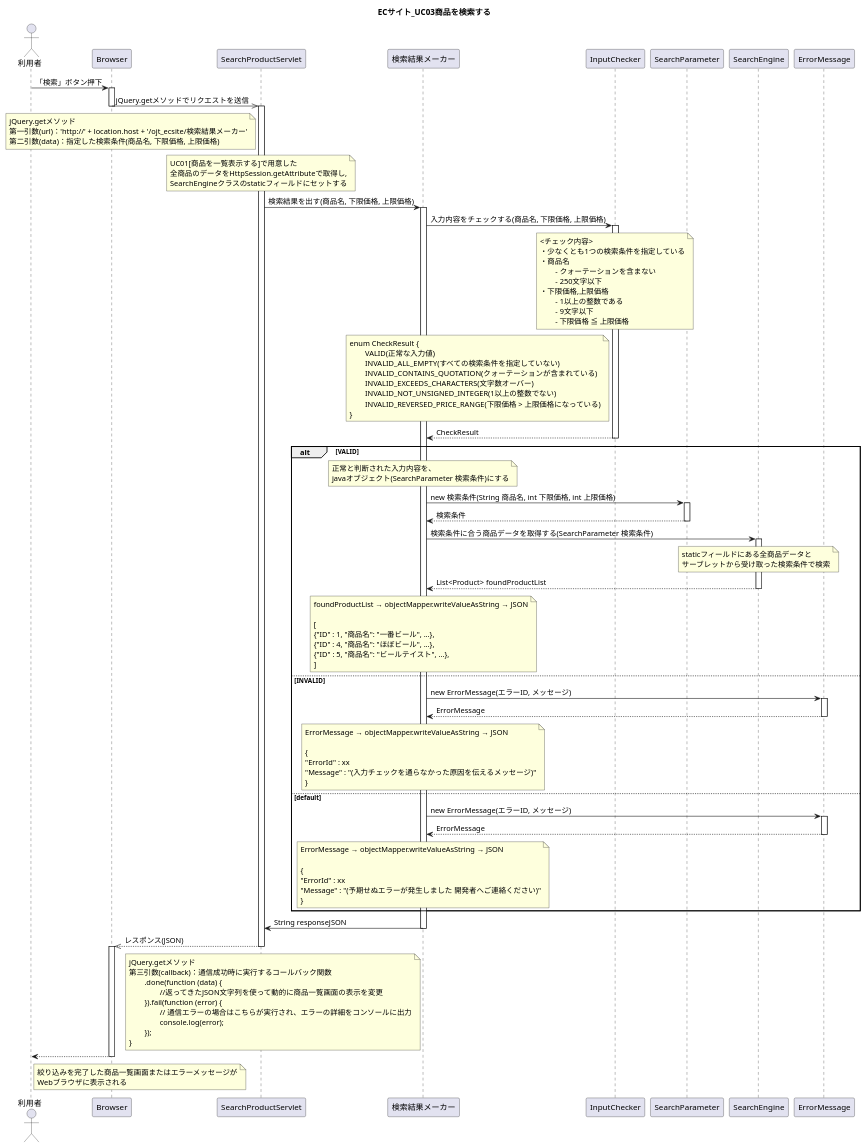
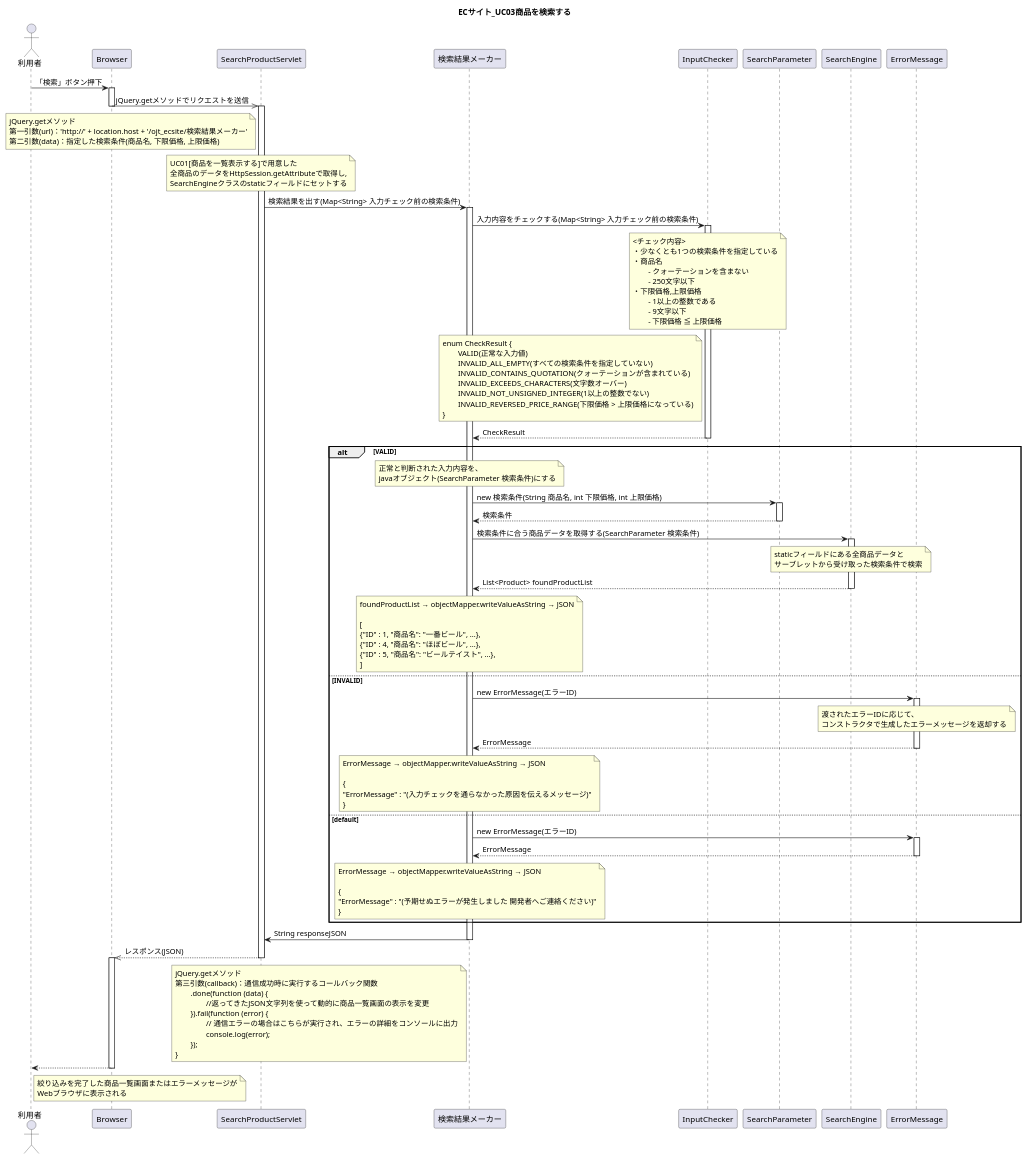
One commit to wnakayama/ojt_ecsite changed the diagram in UML/Sequence03.puml. Above: the diagram before and after it, drawn with PlantUML. The commit also changed 3 other files, not shown here.

```diff
--- a/UML/Sequence03.puml
+++ b/UML/Sequence03.puml
@@ -1,152 +1,156 @@
 @startuml
 title ECサイト_UC03商品を検索する
 
 actor 利用者
 
 利用者 -> Browser : 「検索」ボタン押下
 activate Browser
 
 Browser ->> SearchProductServlet : jQuery.getメソッドでリクエストを送信
 deactivate Browser
 activate SearchProductServlet
 
 	note left of SearchProductServlet
 	jQuery.getメソッド
 	第一引数(url)：'http://' + location.host + '/ojt_ecsite/検索結果メーカー'
 	第二引数(data)：指定した検索条件(商品名, 下限価格, 上限価格)
 	end note
 
 	note over SearchProductServlet
 	UC01[商品を一覧表示する]で用意した
 	全商品のデータをHttpSession.getAttributeで取得し,
 	SearchEngineクラスのstaticフィールドにセットする
 	end note
 	
-SearchProductServlet -> 検索結果メーカー : 検索結果を出す(商品名, 下限価格, 上限価格)
+SearchProductServlet -> 検索結果メーカー : 検索結果を出す(Map<String> 入力チェック前の検索条件)
 activate 検索結果メーカー
 
-検索結果メーカー -> InputChecker : 入力内容をチェックする(商品名, 下限価格, 上限価格)
+検索結果メーカー -> InputChecker : 入力内容をチェックする(Map<String> 入力チェック前の検索条件)
 activate InputChecker
 
 	note over InputChecker
 	<チェック内容>
 	・少なくとも1つの検索条件を指定している
 	・商品名
 		- クォーテーションを含まない
 		- 250文字以下
 	・下限価格,上限価格
 		- 1以上の整数である
 		- 9文字以下
 		- 下限価格 ≦ 上限価格
 	end note
 
 	note left of InputChecker 
 	enum CheckResult {
 		VALID(正常な入力値)
 		INVALID_ALL_EMPTY(すべての検索条件を指定していない)
 		INVALID_CONTAINS_QUOTATION(クォーテーションが含まれている)
 		INVALID_EXCEEDS_CHARACTERS(文字数オーバー)
 		INVALID_NOT_UNSIGNED_INTEGER(1以上の整数でない)
 		INVALID_REVERSED_PRICE_RANGE(下限価格 > 上限価格になっている)
 	}
 	end note
 
 検索結果メーカー <-- InputChecker : CheckResult
 deactivate InputChecker
 
 
 alt VALID
 	
 	note over 検索結果メーカー
 	正常と判断された入力内容を、
 	javaオブジェクト(SearchParameter 検索条件)にする
 	end note
 
 検索結果メーカー -> SearchParameter : new 検索条件(String 商品名, int 下限価格, int 上限価格)
 activate SearchParameter
 検索結果メーカー <-- SearchParameter : 検索条件
 deactivate SearchParameter
 
 検索結果メーカー -> SearchEngine : 検索条件に合う商品データを取得する(SearchParameter 検索条件)
 activate SearchEngine
 
 	note over SearchEngine
 	staticフィールドにある全商品データと
 	サーブレットから受け取った検索条件で検索
 	end note
 
 検索結果メーカー <-- SearchEngine : List<Product> foundProductList
 deactivate SearchEngine
 
 	note over 検索結果メーカー
 	foundProductList → objectMapper.writeValueAsString → JSON
 
 	[
 	{"ID" : 1, "商品名": "一番ビール", ...},
 	{"ID" : 4, "商品名": "ほぼビール", ...},
 	{"ID" : 5, "商品名": "ビールテイスト", ...},
 	]
 	end note
 
 else INVALID
 
-検索結果メーカー -> ErrorMessage : new ErrorMessage(エラーID, メッセージ)
+検索結果メーカー -> ErrorMessage : new ErrorMessage(エラーID)
+activate ErrorMessage
+
+	note over ErrorMessage
+	渡されたエラーIDに応じて、
+	コンストラクタで生成したエラーメッセージを返却する
+	end note
+
+検索結果メーカー <-- ErrorMessage : ErrorMessage
+deactivate ErrorMessage
+
+	note over 検索結果メーカー
+	ErrorMessage → objectMapper.writeValueAsString → JSON
+
+	{
+	"ErrorMessage" : "(入力チェックを通らなかった原因を伝えるメッセージ)"
+	}
+	end note
+
+else default
+
+検索結果メーカー -> ErrorMessage : new ErrorMessage(エラーID)
 activate ErrorMessage
 検索結果メーカー <-- ErrorMessage : ErrorMessage
 deactivate ErrorMessage
 
 	note over 検索結果メーカー
 	ErrorMessage → objectMapper.writeValueAsString → JSON
 
 	{
-	"ErrorId" : xx
-	"Message" : "(入力チェックを通らなかった原因を伝えるメッセージ)"
-	}
-	end note
-
-else default
-
-検索結果メーカー -> ErrorMessage : new ErrorMessage(エラーID, メッセージ)
-activate ErrorMessage
-検索結果メーカー <-- ErrorMessage : ErrorMessage
-deactivate ErrorMessage
-
-	note over 検索結果メーカー
-	ErrorMessage → objectMapper.writeValueAsString → JSON
-
-	{
-	"ErrorId" : xx
-	"Message" : "(予期せぬエラーが発生しました 開発者へご連絡ください)"
+	"ErrorMessage" : "(予期せぬエラーが発生しました 開発者へご連絡ください)"
 	}
 	end note
 
 end
 
 SearchProductServlet <- 検索結果メーカー : String responseJSON
 deactivate 検索結果メーカー
 Browser <<-- SearchProductServlet : レスポンス(JSON)
 deactivate SearchProductServlet
 activate Browser
 
 	note left of 検索結果メーカー
 	jQuery.getメソッド
 	第三引数(callback)：通信成功時に実行するコールバック関数
 		.done(function (data) {
 			//返ってきたJSON文字列を使って動的に商品一覧画面の表示を変更
 		}).fail(function (error) {
 			// 通信エラーの場合はこちらが実行され、エラーの詳細をコンソールに出力
 			console.log(error);
 		});
 	}
 	end note
 
 
 利用者 <-- Browser
 	note right of 利用者
 	絞り込みを完了した商品一覧画面またはエラーメッセージが
 	Webブラウザに表示される
 	end note
 
 deactivate Browser
 
 @enduml
```
